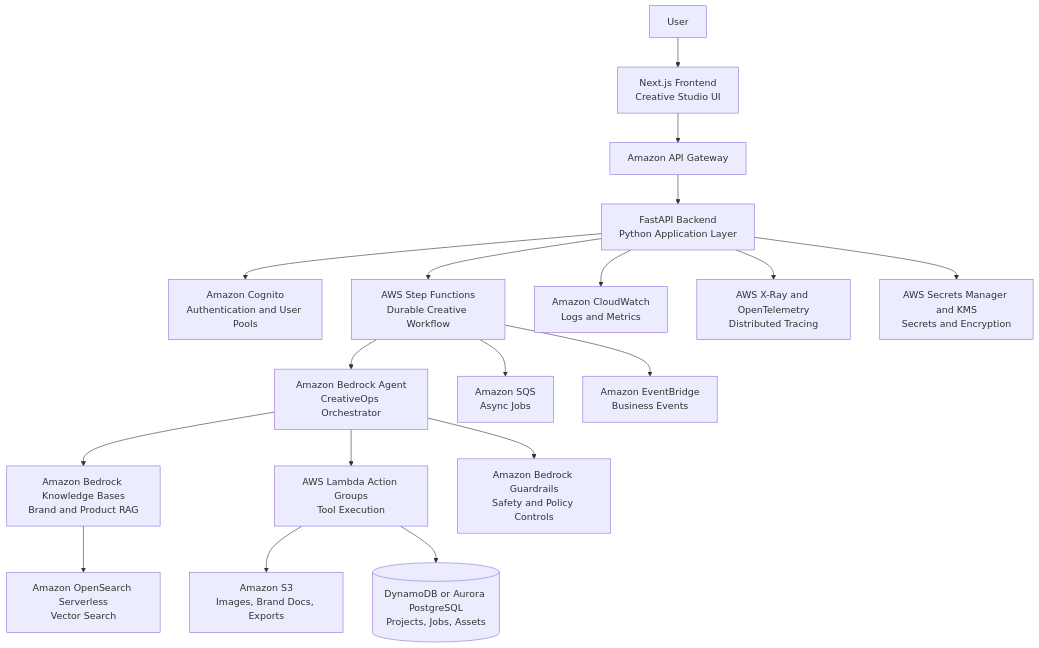
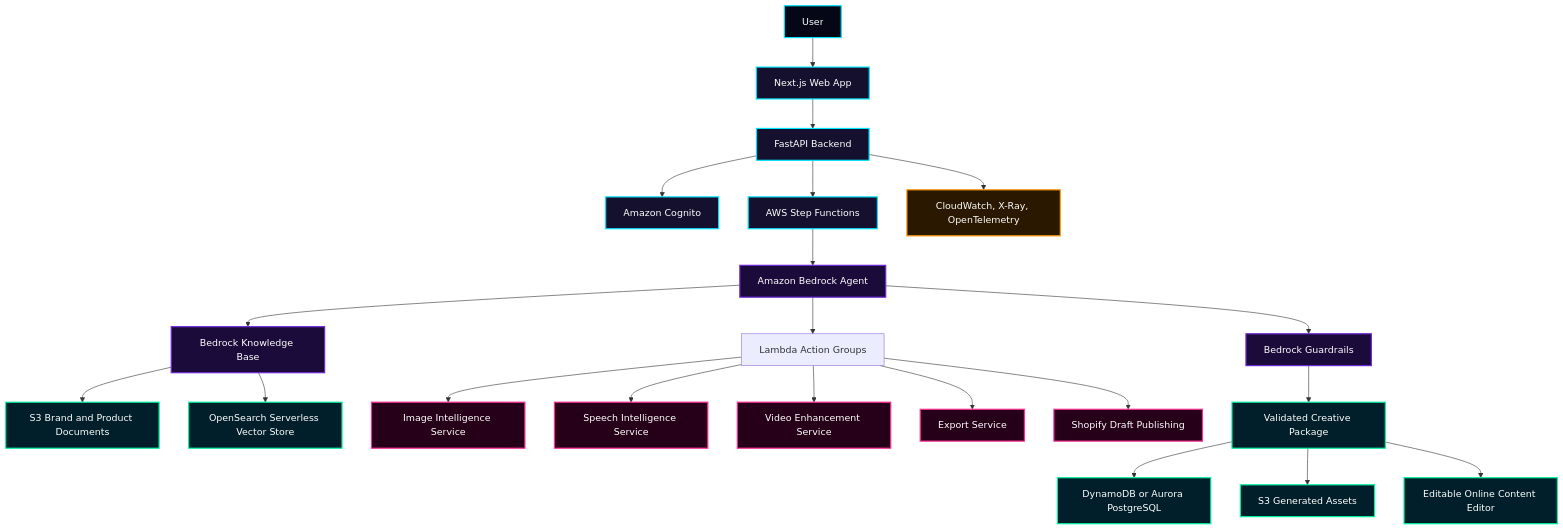
One commit to SwapnilMundhekar/WebCut.ai-CreativeOps-Agent-Platform changed the first of 8 diagrams in README.md. Above: the diagram before and after it, drawn with Mermaid. The commit also changed other lines of this file, not shown here.

Commit message:
Redesign README with premium WebCut platform identity

````diff
--- a/README.md
+++ b/README.md
@@ -142,20 +111,43 @@
 ```mermaid
 flowchart TB
-    U[User] --> FE[Next.js Frontend<br/>Creative Studio UI]
-    FE --> APIGW[Amazon API Gateway]
-    APIGW --> API[FastAPI Backend<br/>Python Application Layer]
-    API --> AUTH[Amazon Cognito<br/>Authentication and User Pools]
-    API --> SFN[AWS Step Functions<br/>Durable Creative Workflow]
-    SFN --> AGENT[Amazon Bedrock Agent<br/>CreativeOps Orchestrator]
-    AGENT --> KB[Amazon Bedrock Knowledge Bases<br/>Brand and Product RAG]
-    AGENT --> LAMBDA[AWS Lambda Action Groups<br/>Tool Execution]
-    LAMBDA --> S3[Amazon S3<br/>Images, Brand Docs, Exports]
-    LAMBDA --> DB[(DynamoDB or Aurora PostgreSQL<br/>Projects, Jobs, Assets)]
-    KB --> OSS[Amazon OpenSearch Serverless<br/>Vector Search]
-    AGENT --> GR[Amazon Bedrock Guardrails<br/>Safety and Policy Controls]
-    SFN --> SQS[Amazon SQS<br/>Async Jobs]
-    SFN --> EB[Amazon EventBridge<br/>Business Events]
-    API --> CW[Amazon CloudWatch<br/>Logs and Metrics]
-    API --> XR[AWS X-Ray and OpenTelemetry<br/>Distributed Tracing]
-    API --> SEC[AWS Secrets Manager and KMS<br/>Secrets and Encryption]
+    USER[User] --> WEB[Next.js Web App]
+    WEB --> API[FastAPI Backend]
+
+    API --> AUTH[Amazon Cognito]
+    API --> WORKFLOW[AWS Step Functions]
+    WORKFLOW --> AGENT[Amazon Bedrock Agent]
+
+    AGENT --> KB[Bedrock Knowledge Base]
+    KB --> S3DOCS[S3 Brand and Product Documents]
+    KB --> VECTOR[OpenSearch Serverless Vector Store]
+
+    AGENT --> TOOLS[Lambda Action Groups]
+    TOOLS --> IMAGE[Image Intelligence Service]
+    TOOLS --> SPEECH[Speech Intelligence Service]
+    TOOLS --> VIDEO[Video Enhancement Service]
+    TOOLS --> EXPORT[Export Service]
+    TOOLS --> SHOPIFY[Shopify Draft Publishing]
+
+    AGENT --> GUARD[Bedrock Guardrails]
+    GUARD --> OUTPUT[Validated Creative Package]
+
+    OUTPUT --> DB[DynamoDB or Aurora PostgreSQL]
+    OUTPUT --> ASSETS[S3 Generated Assets]
+    OUTPUT --> EDITOR[Editable Online Content Editor]
+
+    API --> OBS[CloudWatch, X-Ray, OpenTelemetry]
+
+    classDef user fill:#060716,stroke:#00E5FF,color:#FFFFFF,stroke-width:2px;
+    classDef app fill:#15102E,stroke:#00E5FF,color:#FFFFFF,stroke-width:2px;
+    classDef ai fill:#1B0B3A,stroke:#6D28D9,color:#FFFFFF,stroke-width:2px;
+    classDef media fill:#260018,stroke:#FF2D95,color:#FFFFFF,stroke-width:2px;
+    classDef data fill:#001F2A,stroke:#00F5A0,color:#FFFFFF,stroke-width:2px;
+    classDef ops fill:#2A1800,stroke:#FF9900,color:#FFFFFF,stroke-width:2px;
+
+    class USER user;
+    class WEB,API,AUTH,WORKFLOW app;
+    class AGENT,KB,GUARD ai;
+    class IMAGE,SPEECH,VIDEO,EXPORT,SHOPIFY media;
+    class S3DOCS,VECTOR,DB,ASSETS,OUTPUT,EDITOR data;
+    class OBS ops;
 ```
````
